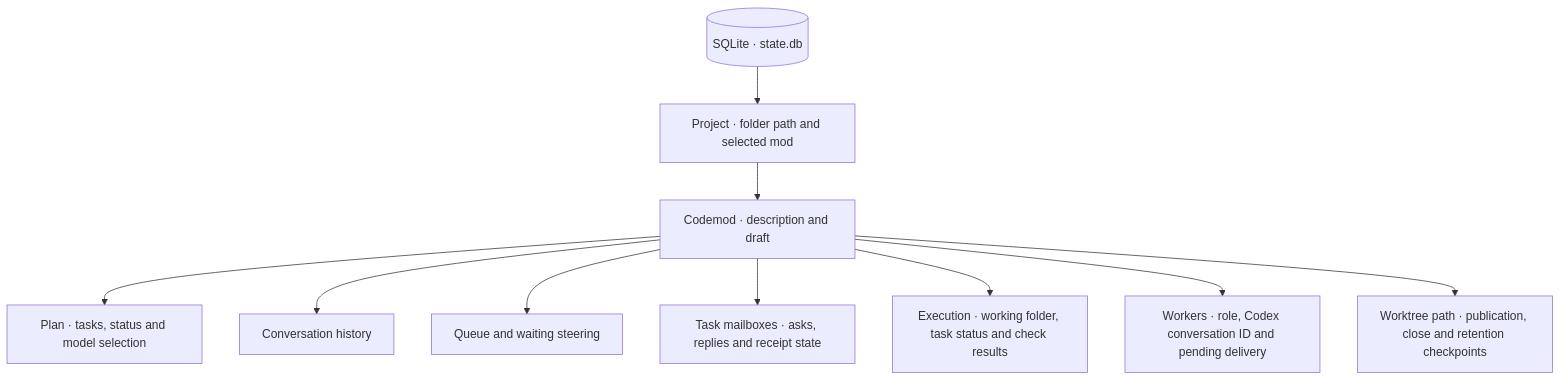
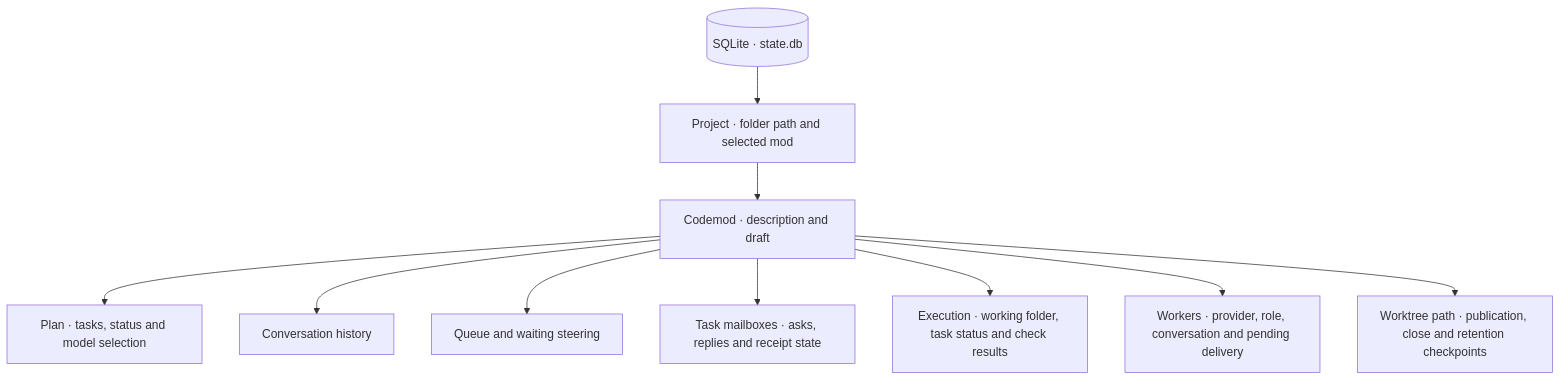
Before and after one commit to minimumeffort-dev/sprowt.harness: the diagram in docs/local-state.md, drawn with Mermaid. The commit also changed other lines of this file and 24 other files, not shown here.

````diff
--- a/docs/local-state.md
+++ b/docs/local-state.md
@@ -5,12 +5,12 @@
 ```mermaid
 flowchart TB
     database[("SQLite · state.db")] --> project["Project · folder path and selected mod"]
     project --> mod["Codemod · description and draft"]
     mod --> plan["Plan · tasks, status and model selection"]
     mod --> messages["Conversation history"]
     mod --> pending["Queue and waiting steering"]
     mod --> mail["Task mailboxes · asks, replies and receipt state"]
     mod --> execution["Execution · working folder, task status and check results"]
-    mod --> workers["Workers · role, Codex conversation ID and pending delivery"]
+    mod --> workers["Workers · provider, role, conversation and pending delivery"]
     mod --> git["Worktree path · publication, close and retention checkpoints"]
 ```
````
